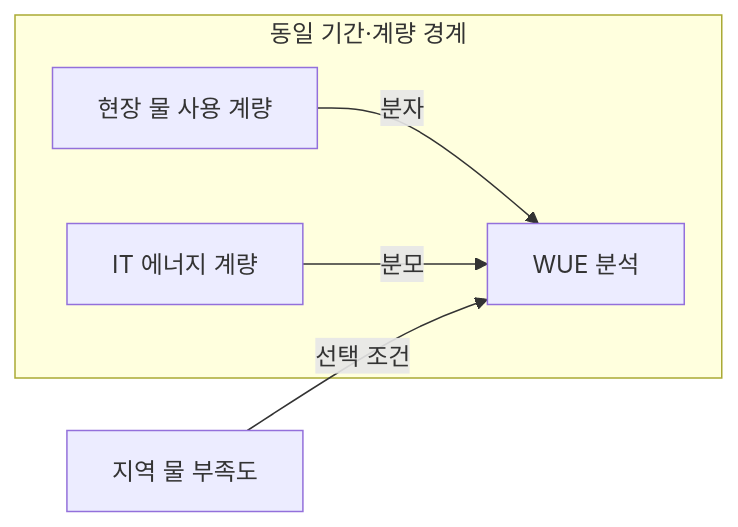
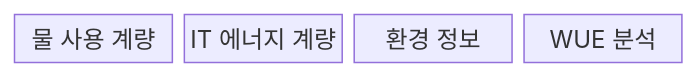
The first of 2 diagrams in src/content/docs/notes/02-hardware/059_water_usage_effectiveness.md (agnusdei1207/knowledge-base), drawn with Mermaid before and after one commit. The commit also changed other lines of this file and 20 other files, not shown here.

````diff
--- a/src/content/docs/notes/02-hardware/059_water_usage_effectiveness.md
+++ b/src/content/docs/notes/02-hardware/059_water_usage_effectiveness.md
@@ -69,8 +65,8 @@
 ```mermaid
-flowchart LR
-    subgraph B["동일 기간·계량 경계"]
-        W["현장 물 사용 계량"] -->|"분자"| A["WUE 분석"]
-        I["IT 에너지 계량"] -->|"분모"| A
-    end
-    S["지역 물 부족도"] -->|"선택 조건"| A
+block
+  columns 4
+  A["물 사용 계량"]
+  B["IT 에너지 계량"]
+  C["환경 정보"]
+  D["WUE 분석"]
 ```
````
